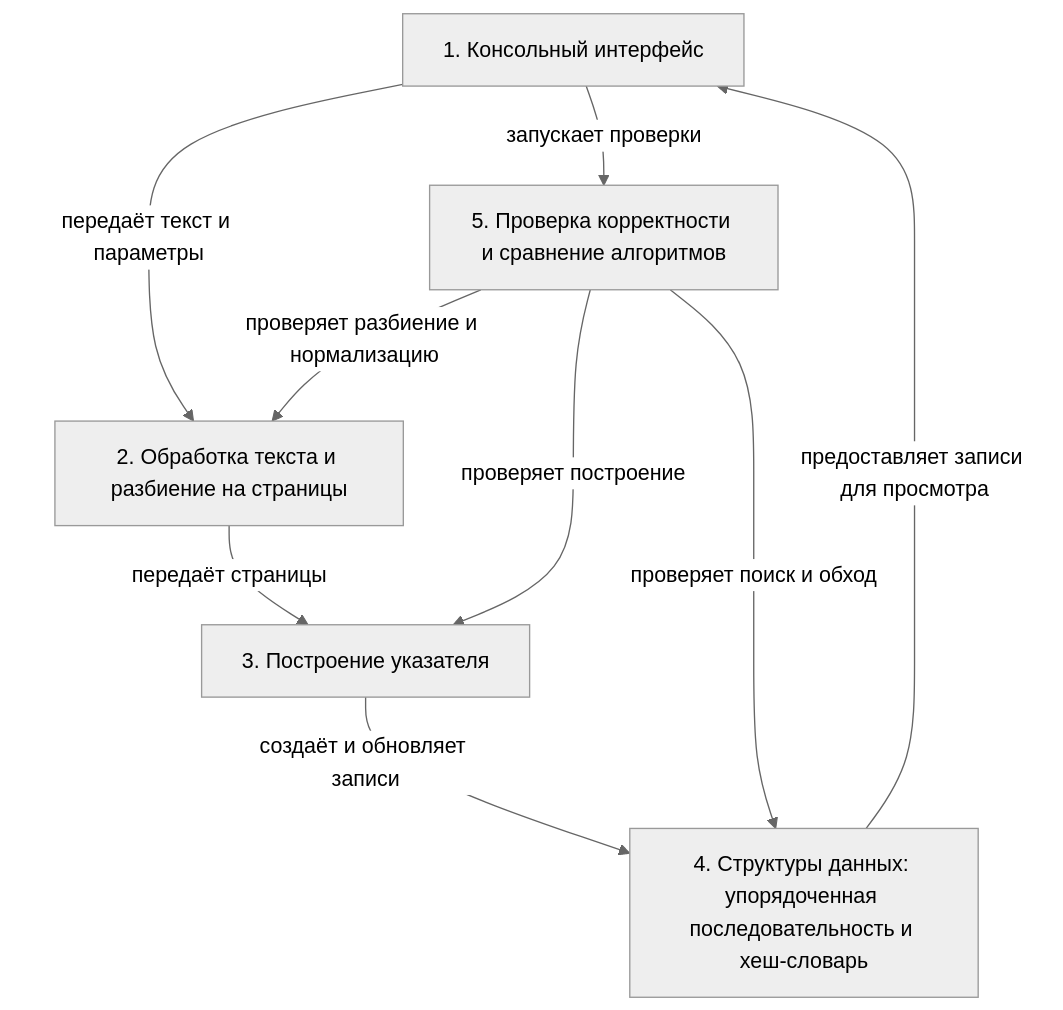
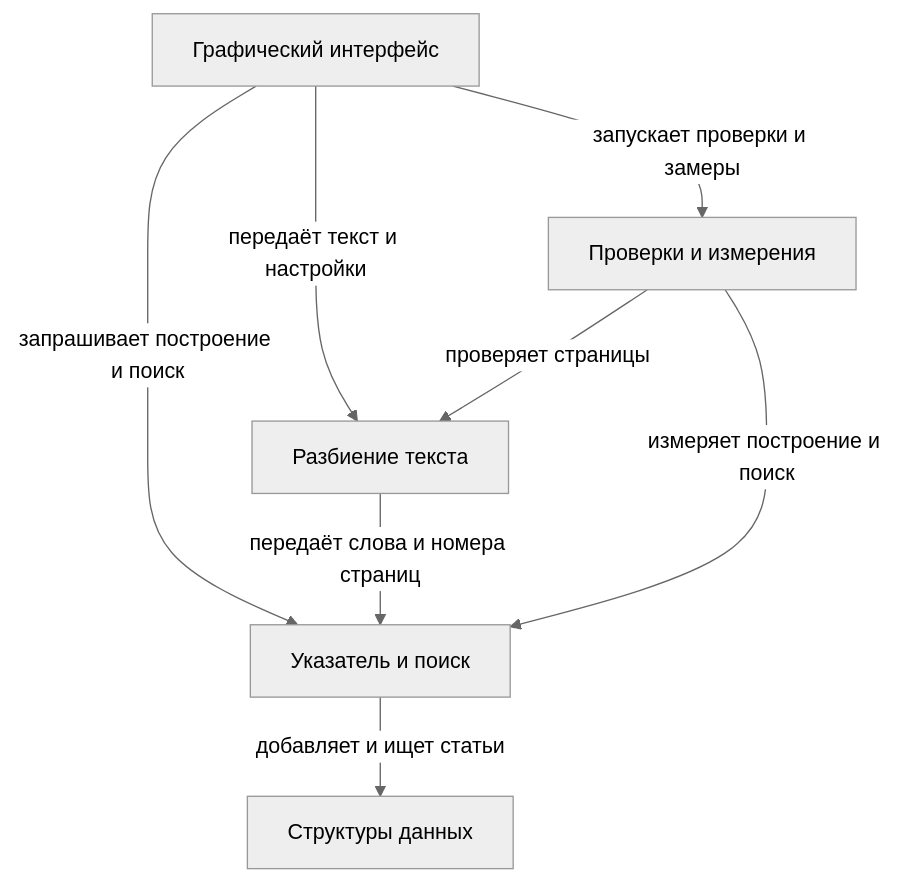
Before and after one commit to Gamma-Epsilon/Alphabetical_Index: the second of 2 diagrams in AlphabeticalIndexDesign.md, drawn with Mermaid (neutral theme). The commit also changed other lines of this file and 27 other files, not shown here.

Commit message:
Change SortedSequence to SortedArray and samples for GUI

````diff
--- a/AlphabeticalIndexDesign.md
+++ b/AlphabeticalIndexDesign.md
@@ -88,17 +50,10 @@
 ```mermaid
 flowchart TD
-    UI["1. Консольный интерфейс"]
-    TEXT["2. Обработка текста и разбиение на страницы"]
-    BUILD["3. Построение указателя"]
-    DATA["4. Структуры данных: упорядоченная последовательность и хеш-словарь"]
-    TEST["5. Проверка корректности и сравнение алгоритмов"]
-
-    UI -->|"передаёт текст и параметры"| TEXT
-    TEXT -->|"передаёт страницы"| BUILD
-    BUILD -->|"создаёт и обновляет записи"| DATA
-    DATA -->|"предоставляет записи для просмотра"| UI
-    UI -->|"запускает проверки"| TEST
-    TEST -->|"проверяет разбиение и нормализацию"| TEXT
-    TEST -->|"проверяет построение"| BUILD
-    TEST -->|"проверяет поиск и обход"| DATA
+    UI["Графический интерфейс"] -->|"передаёт текст и настройки"| Pages["Разбиение текста"]
+    UI -->|"запрашивает построение и поиск"| Index["Указатель и поиск"]
+    Pages -->|"передаёт слова и номера страниц"| Index
+    Index -->|"добавляет и ищет статьи"| Data["Структуры данных"]
+    UI -->|"запускает проверки и замеры"| Tests["Проверки и измерения"]
+    Tests -->|"проверяет страницы"| Pages
+    Tests -->|"измеряет построение и поиск"| Index
 ```
````
